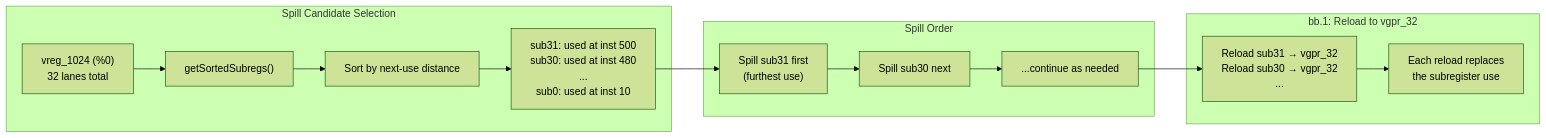
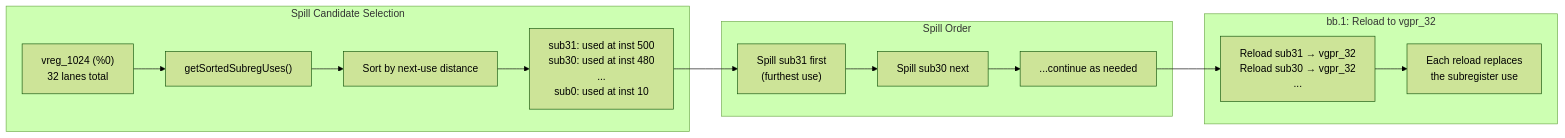
Before and after one commit to alex-t/ssa-spiller-docs: the seventh of 10 diagrams in SSA_Spiller/05-Testing/SSA_Spiller/SSA_SPILLER_TEST_PATTERNS.md, drawn with Mermaid (forest theme). The commit also changed other lines of this file and 2 other files, not shown here.

````diff
--- a/SSA_Spiller/05-Testing/SSA_Spiller/SSA_SPILLER_TEST_PATTERNS.md
+++ b/SSA_Spiller/05-Testing/SSA_Spiller/SSA_SPILLER_TEST_PATTERNS.md
@@ -334,19 +331,19 @@
 ```mermaid
 graph LR
     subgraph "Spill Candidate Selection"
-        A["vreg_1024 (%0)<br/>32 lanes total"] --> B["getSortedSubregs()"]
+        A["vreg_1024 (%0)<br/>32 lanes total"] --> B["getSortedSubregUses()"]
         B --> C["Sort by next-use distance"]
         C --> D["sub31: used at inst 500<br/>sub30: used at inst 480<br/>...<br/>sub0: used at inst 10"]
     end
     
     subgraph "Spill Order"
         D --> E["Spill sub31 first<br/>(furthest use)"]
         E --> F["Spill sub30 next"]
         F --> G["...continue as needed"]
     end
     
     subgraph "bb.1: Reload to vgpr_32"
         G --> H["Reload sub31 → vgpr_32<br/>Reload sub30 → vgpr_32<br/>..."]
         H --> I["Each reload replaces<br/>the subregister use"]
     end
 ```
````
